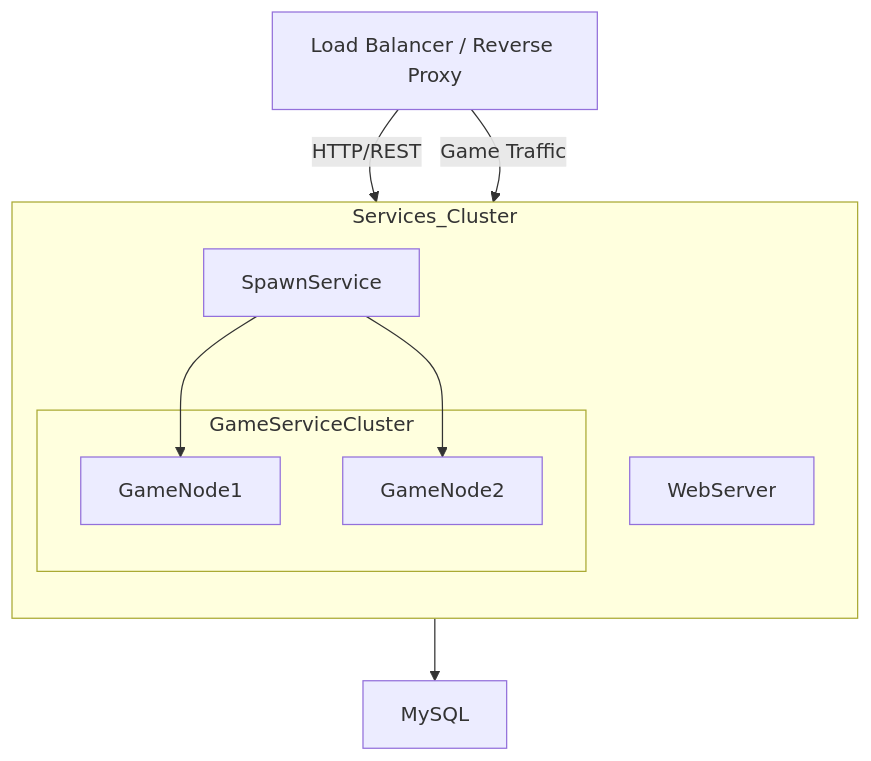
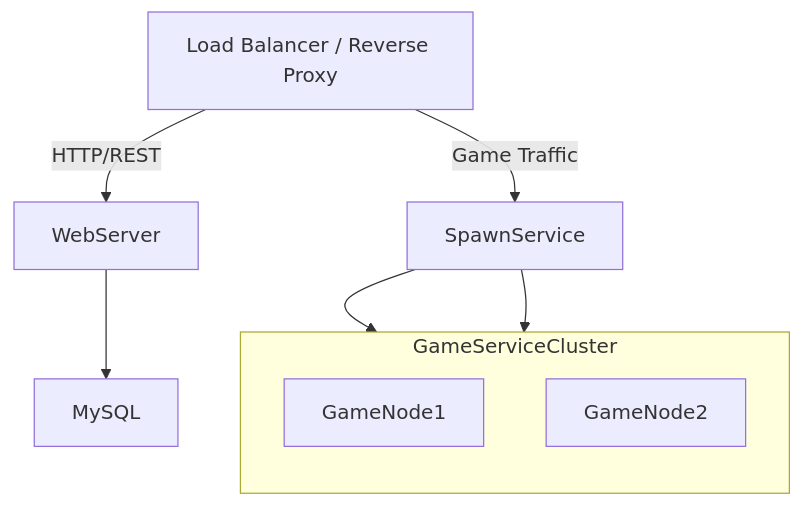
The diagram in README.md (andimatteo/distributed_betting_system), drawn with Mermaid before and after one commit. The commit also changed other lines of this file, not shown here.

Commit message:
:fire: added system architecture

````diff
--- a/README.md
+++ b/README.md
@@ -14,26 +14,26 @@
 ```mermaid
 graph TD
     %% ===== Livello 1: Load Balancer =====
     LB[Load Balancer / Reverse Proxy]
 
-    %% ===== Livello 2: Servizi =====
-    subgraph Services_Cluster
+    %% ===== Livello 2: Servizi affiancati =====
+    WS[WebServer]
+    SPAWN[SpawnService]
+
+    %% ===== Livello 2: Game Cluster =====
+    subgraph GAME_CLUSTER[GameServiceCluster]
         direction TB
-        WS[WebServer]
-        SPAWN[SpawnService]
-        subgraph GAME_CLUSTER[GameServiceCluster]
-            NODE1[GameNode1]
-            NODE2[GameNode2]
-        end
+        NODE1[GameNode1]
+        NODE2[GameNode2]
     end
 
     %% ===== Livello 3: Database =====
     SQL[MySQL]
 
     %% ===== Collegamenti =====
     LB -->|HTTP/REST| WS
     LB -->|Game Traffic| SPAWN
     SPAWN --> NODE1
     SPAWN --> NODE2
     WS --> SQL
 ```
````
